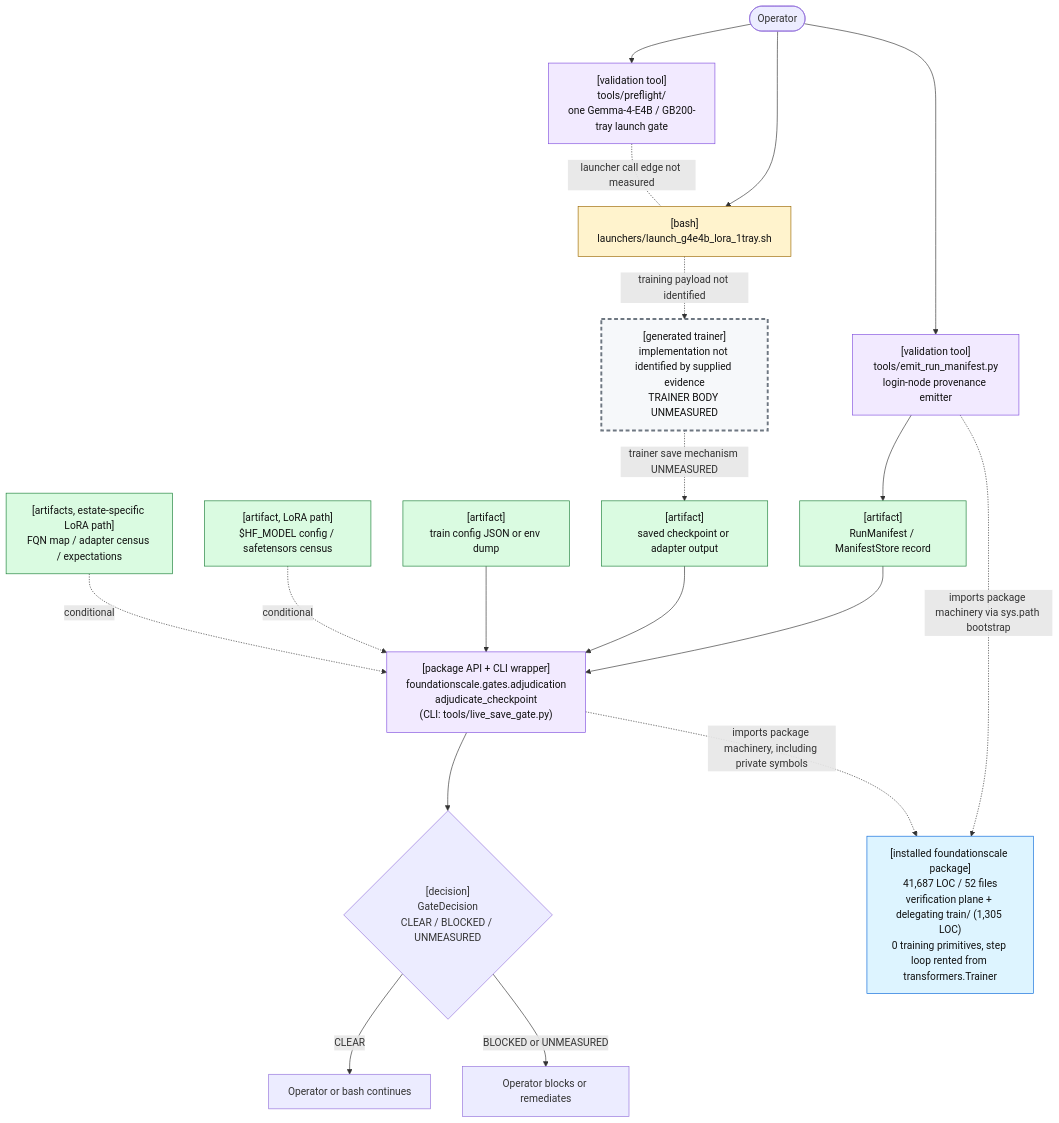
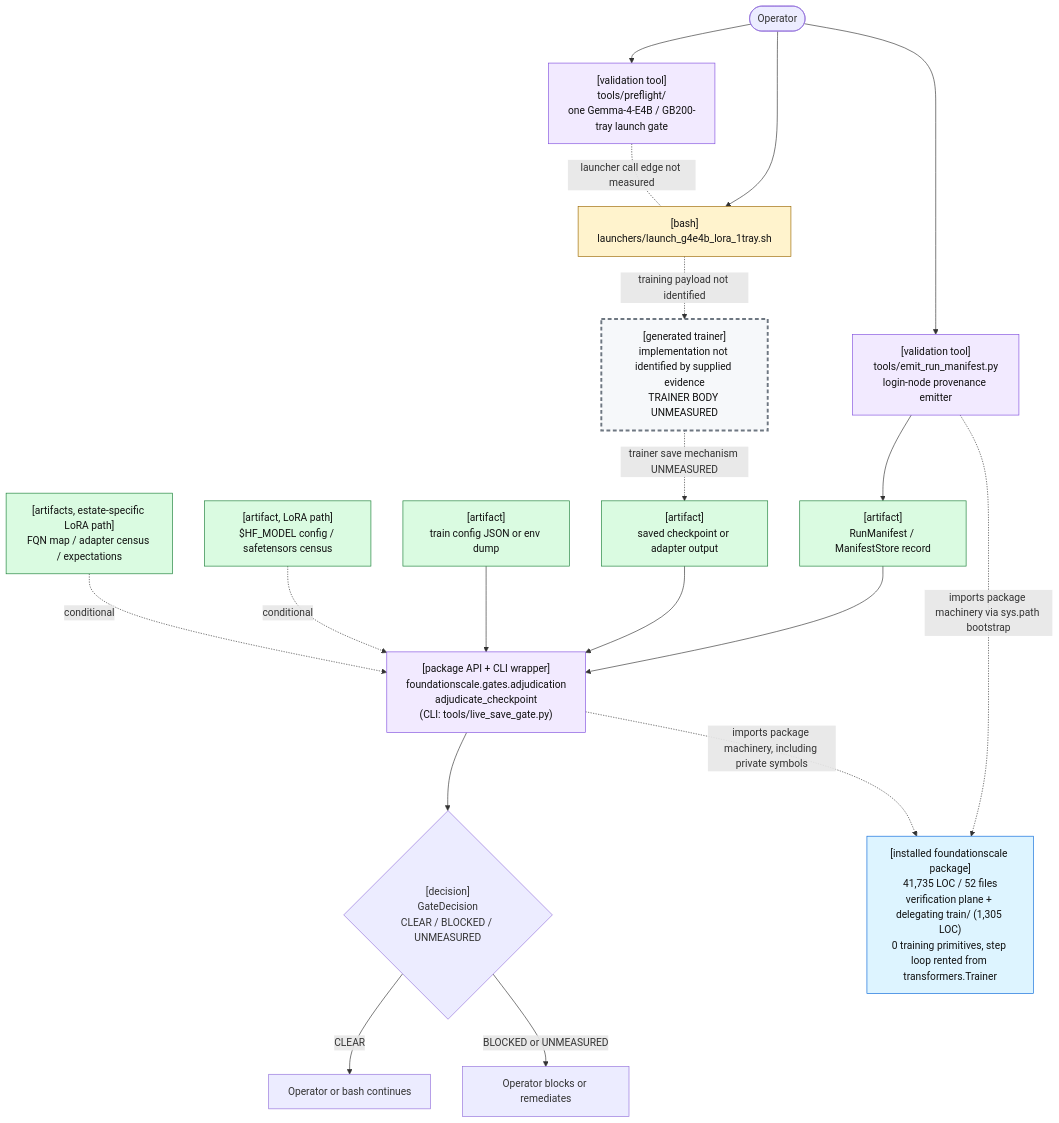
The first of 2 diagrams in docs/review/D2_current_architecture.md (TranNhiem/FoundationScale), drawn with Mermaid before and after one commit. The commit also changed other lines of this file and 13 other files, not shown here.

````diff
--- a/docs/review/D2_current_architecture.md
+++ b/docs/review/D2_current_architecture.md
@@ -25,59 +25,59 @@
 ```mermaid
 flowchart TB
   O(["Operator"])
 
   PF["[validation tool]<br/>tools/preflight/<br/>one Gemma-4-E4B / GB200-tray launch gate"]
   L["[bash]<br/>launchers/launch_g4e4b_lora_1tray.sh"]
 
   E["[validation tool]<br/>tools/emit_run_manifest.py<br/>login-node provenance emitter"]
   M["[artifact]<br/>RunManifest / ManifestStore record"]
 
   T["[generated trainer]<br/>implementation not identified by supplied evidence<br/>TRAINER BODY UNMEASURED"]
   C["[artifact]<br/>saved checkpoint or adapter output"]
 
   G["[package API + CLI wrapper]<br/>foundationscale.gates.adjudication<br/>adjudicate_checkpoint<br/>(CLI: tools/live_save_gate.py)"]
   CFG["[artifact]<br/>train config JSON or env dump"]
   BASE["[artifact, LoRA path]<br/>$HF_MODEL config / safetensors census"]
   CEN["[artifacts, estate-specific LoRA path]<br/>FQN map / adapter census / expectations"]
 
   D{"[decision]<br/>GateDecision<br/>CLEAR / BLOCKED / UNMEASURED"}
   OK["Operator or bash continues"]
   NO["Operator blocks or remediates"]
 
-  PKG["[installed foundationscale package]<br/>41,687 LOC / 52 files<br/>verification plane + delegating train/ (1,305 LOC)<br/>0 training primitives, step loop rented from transformers.Trainer"]
+  PKG["[installed foundationscale package]<br/>41,735 LOC / 52 files<br/>verification plane + delegating train/ (1,305 LOC)<br/>0 training primitives, step loop rented from transformers.Trainer"]
 
   O --> PF
   O --> L
   PF -. "launcher call edge not measured" .- L
 
   O --> E
   E --> M
 
   L -. "training payload not identified" .-> T
   T -. "trainer save mechanism UNMEASURED" .-> C
 
   M --> G
   C --> G
   CFG --> G
   BASE -. "conditional" .-> G
   CEN -. "conditional" .-> G
 
   E -. "imports package machinery via sys.path bootstrap" .-> PKG
   G -. "imports package machinery, including private symbols" .-> PKG
 
   G --> D
   D -->|"CLEAR"| OK
   D -->|"BLOCKED or UNMEASURED"| NO
 
   classDef bash fill:#fff3cd,stroke:#9a6700,color:#111;
   classDef tool fill:#f2eaff,stroke:#8250df,color:#111;
   classDef artifact fill:#dafbe1,stroke:#1a7f37,color:#111;
   classDef gap fill:#f6f8fa,stroke:#6e7781,stroke-width:3px,stroke-dasharray: 6 4,color:#111;
   classDef pkg fill:#ddf4ff,stroke:#0969da,color:#111;
 
   class L bash;
   class PF,E,G tool;
   class M,C,CFG,BASE,CEN artifact;
   class T gap;
   class PKG pkg;
 ```
````
